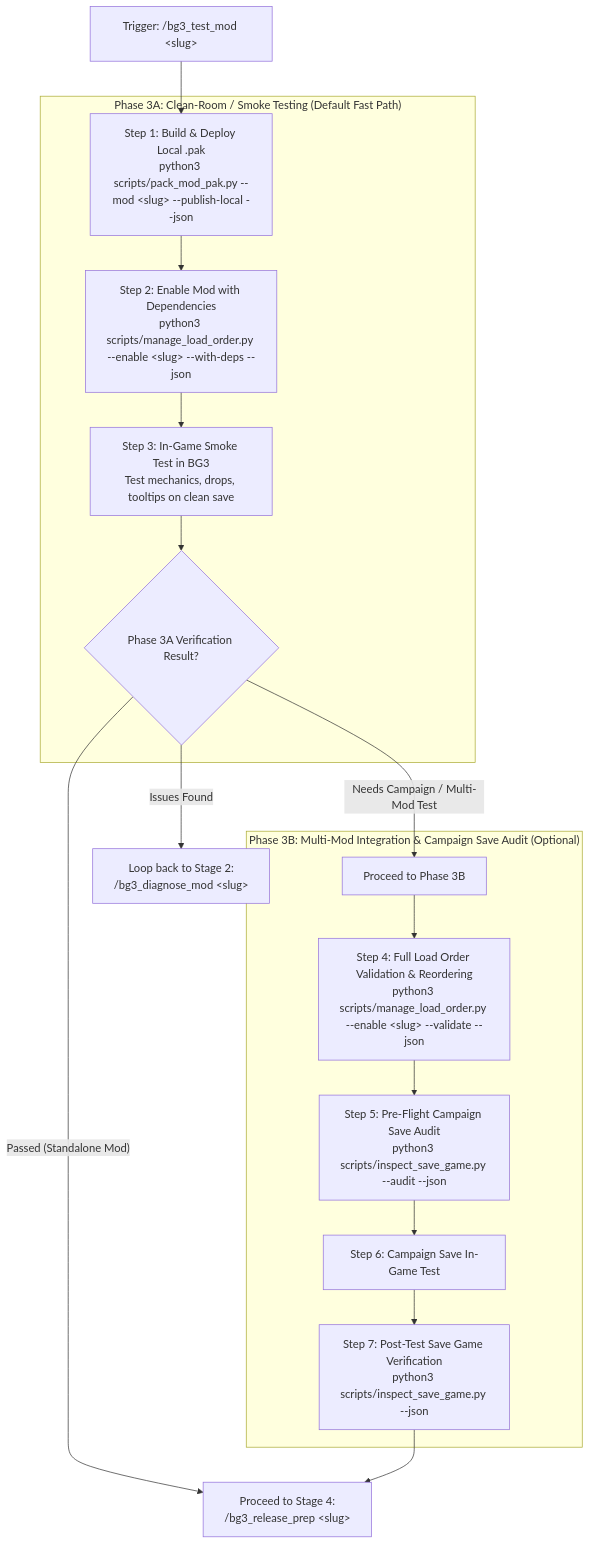
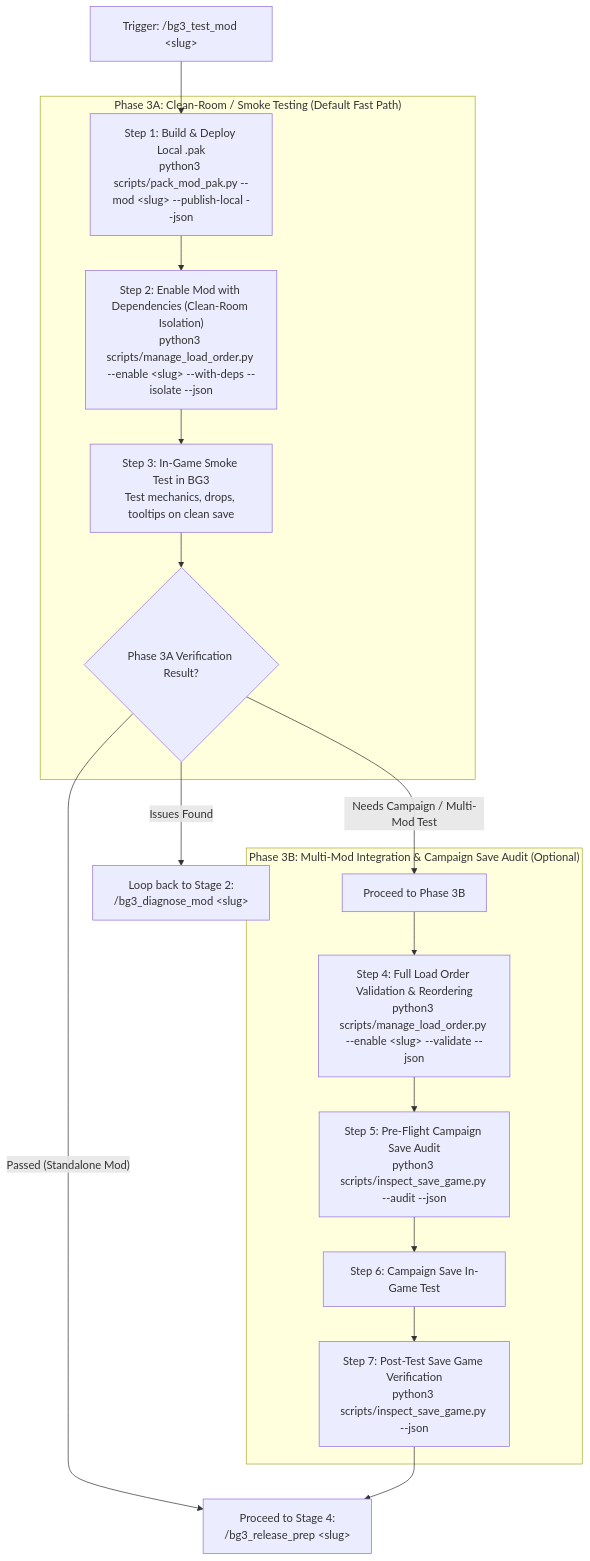
The diagram in .agents/skills/bg3_test_mod/SKILL.md (jpelton-stroud/bg3-mod-studio), drawn with Mermaid before and after one commit. The commit also changed other lines of this file and 4 other files, not shown here.

First line of the commit message:
fix(scripts): load order clean-room isolation, dependency discovery, and log correlation (#28)

````diff
--- a/.agents/skills/bg3_test_mod/SKILL.md
+++ b/.agents/skills/bg3_test_mod/SKILL.md
@@ -26,33 +26,33 @@
 ```mermaid
 flowchart TD
     Trigger["Trigger: /bg3_test_mod &lt;slug&gt;"] --> Pack["Step 1: Build & Deploy Local .pak
 python3 scripts/pack_mod_pak.py --mod &lt;slug&gt; --publish-local --json"]
     
     subgraph P3A["Phase 3A: Clean-Room / Smoke Testing (Default Fast Path)"]
-        Pack --> DepEnable["Step 2: Enable Mod with Dependencies
-python3 scripts/manage_load_order.py --enable &lt;slug&gt; --with-deps --json"]
+        Pack --> DepEnable["Step 2: Enable Mod with Dependencies (Clean-Room Isolation)
+python3 scripts/manage_load_order.py --enable &lt;slug&gt; --with-deps --isolate --json"]
         DepEnable --> InGameSmoke["Step 3: In-Game Smoke Test in BG3
 Test mechanics, drops, tooltips on clean save"]
         InGameSmoke --> Gate3A{"Phase 3A Verification Result?"}
     end
 
     Gate3A -- "Issues Found" --> Loopback["Loop back to Stage 2:
 /bg3_diagnose_mod &lt;slug&gt;"]
     
     Gate3A -- "Passed (Standalone Mod)" --> ReleaseGate["Proceed to Stage 4:
 /bg3_release_prep &lt;slug&gt;"]
     
     Gate3A -- "Needs Campaign / Multi-Mod Test" --> P3BStart["Proceed to Phase 3B"]
 
     subgraph P3B["Phase 3B: Multi-Mod Integration & Campaign Save Audit (Optional)"]
         P3BStart --> FullLO["Step 4: Full Load Order Validation & Reordering
 python3 scripts/manage_load_order.py --enable &lt;slug&gt; --validate --json"]
         FullLO --> SaveAudit["Step 5: Pre-Flight Campaign Save Audit
 python3 scripts/inspect_save_game.py --audit --json"]
         SaveAudit --> InGameCampaign["Step 6: Campaign Save In-Game Test"]
         InGameCampaign --> PostSave["Step 7: Post-Test Save Game Verification
 python3 scripts/inspect_save_game.py --json"]
     end
 
     PostSave --> ReleaseGate
 ```
````
